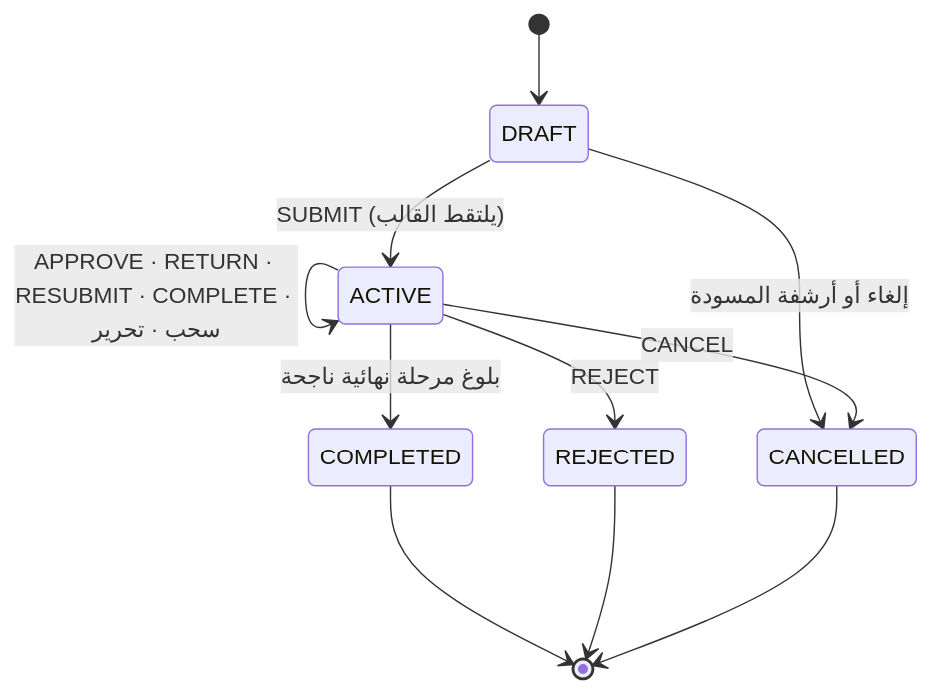
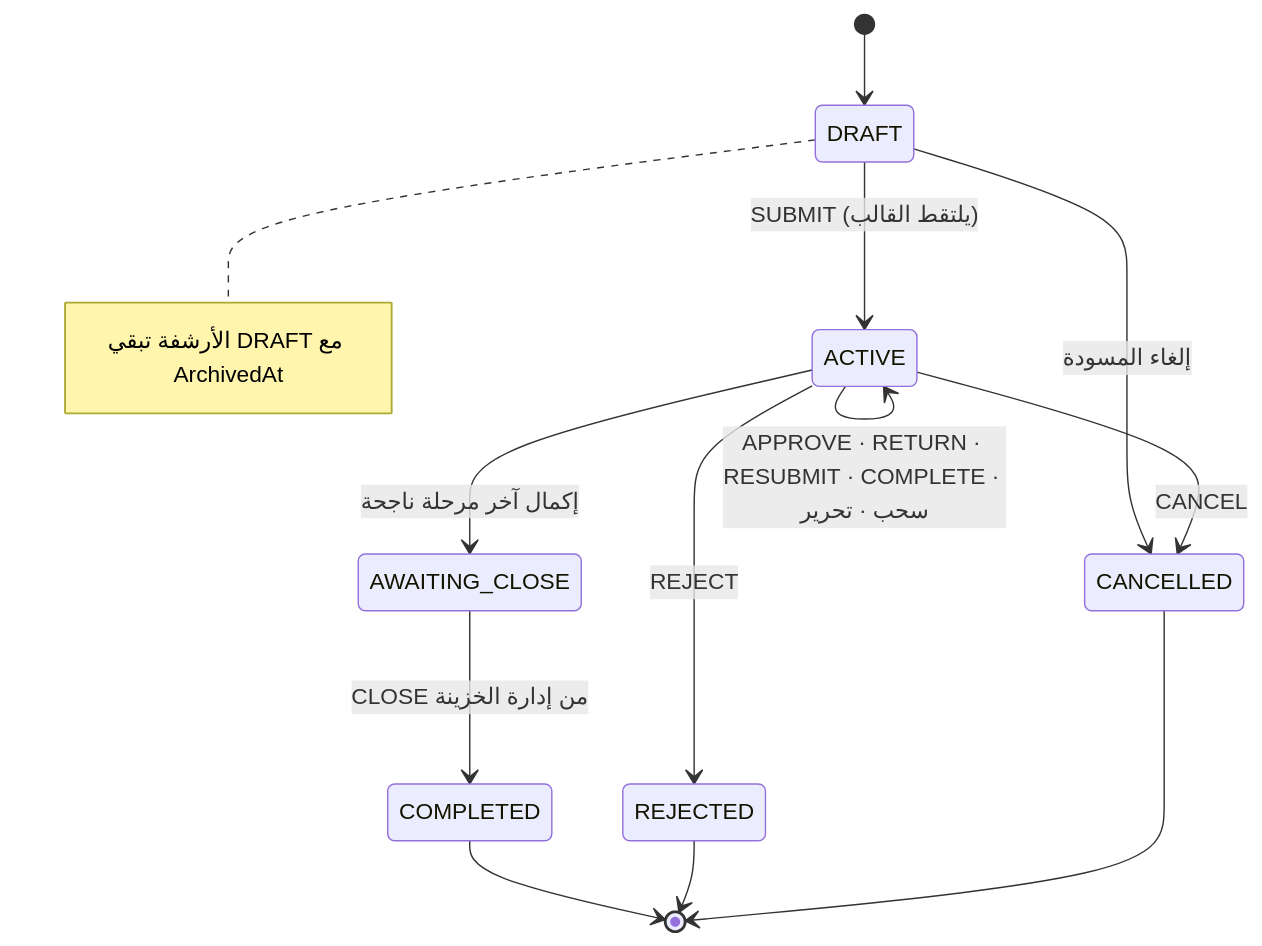
Before and after one commit to thawrasy/smartlines: the fourth of 4 diagrams in treasury-platform/docs/10-detailed-analysis/13-m6-workflow-engine-notifications.md, drawn with Mermaid. The commit also changed other lines of this file and 4 other files, not shown here.

````diff
--- a/treasury-platform/docs/10-detailed-analysis/13-m6-workflow-engine-notifications.md
+++ b/treasury-platform/docs/10-detailed-analysis/13-m6-workflow-engine-notifications.md
@@ -515,13 +519,17 @@
 ```mermaid
 stateDiagram-v2
   [*] --> DRAFT
   DRAFT --> ACTIVE: SUBMIT (يلتقط القالب)
-  DRAFT --> CANCELLED: إلغاء أو أرشفة المسودة
+  DRAFT --> CANCELLED: إلغاء المسودة
   ACTIVE --> ACTIVE: APPROVE · RETURN · RESUBMIT · COMPLETE · سحب · تحرير
-  ACTIVE --> COMPLETED: بلوغ مرحلة نهائية ناجحة
+  ACTIVE --> AWAITING_CLOSE: إكمال آخر مرحلة ناجحة
   ACTIVE --> REJECTED: REJECT
   ACTIVE --> CANCELLED: CANCEL
+  AWAITING_CLOSE --> COMPLETED: CLOSE من إدارة الخزينة
   COMPLETED --> [*]
   REJECTED --> [*]
   CANCELLED --> [*]
+  note right of DRAFT
+    الأرشفة تبقي DRAFT مع ArchivedAt
+  end note
 ```
````
